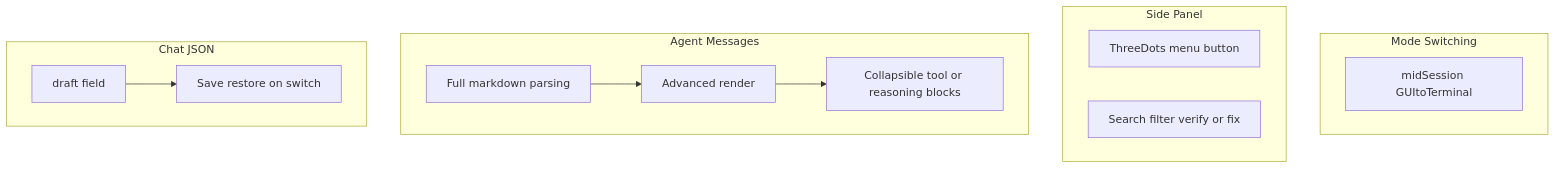
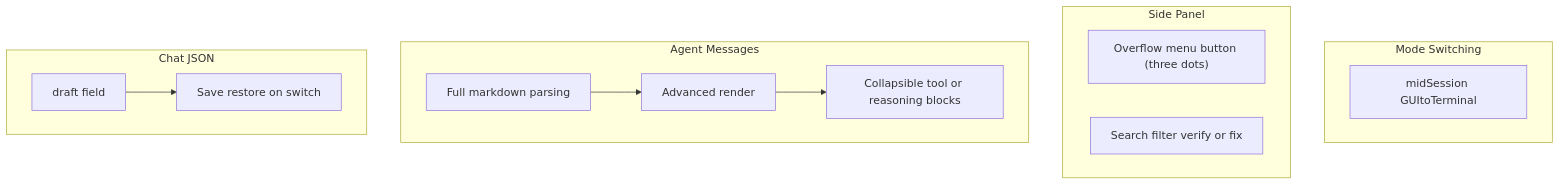
The diagram in .cursor/plans/gui_remaining_features_73744521.plan.md (TeamEZintern/BookWorm-Engineer), drawn with Mermaid before and after one commit. The commit also changed other lines of this file and 1 other file, not shown here.

Commit message:
Docs: Overflow menu button (three dots) for chat items in side panel. Not implemented yet.

````diff
--- a/.cursor/plans/gui_remaining_features_73744521.plan.md
+++ b/.cursor/plans/gui_remaining_features_73744521.plan.md
@@ -108,22 +108,22 @@
 ```mermaid
 flowchart TB
   subgraph mode [Mode Switching]
     M1[midSession GUItoTerminal]
   end
   subgraph chats [Side Panel]
-    T1[ThreeDots menu button]
+    T1["Overflow menu button (three dots)"]
     T2[Search filter verify or fix]
   end
   subgraph chat [Agent Messages]
     C1[Full markdown parsing]
     C2[Advanced render]
     C3[Collapsible tool or reasoning blocks]
   end
   subgraph data [Chat JSON]
     D1[draft field]
     D2[Save restore on switch]
   end
   C1 --> C2
   C2 --> C3
   D1 --> D2
 ```
````
